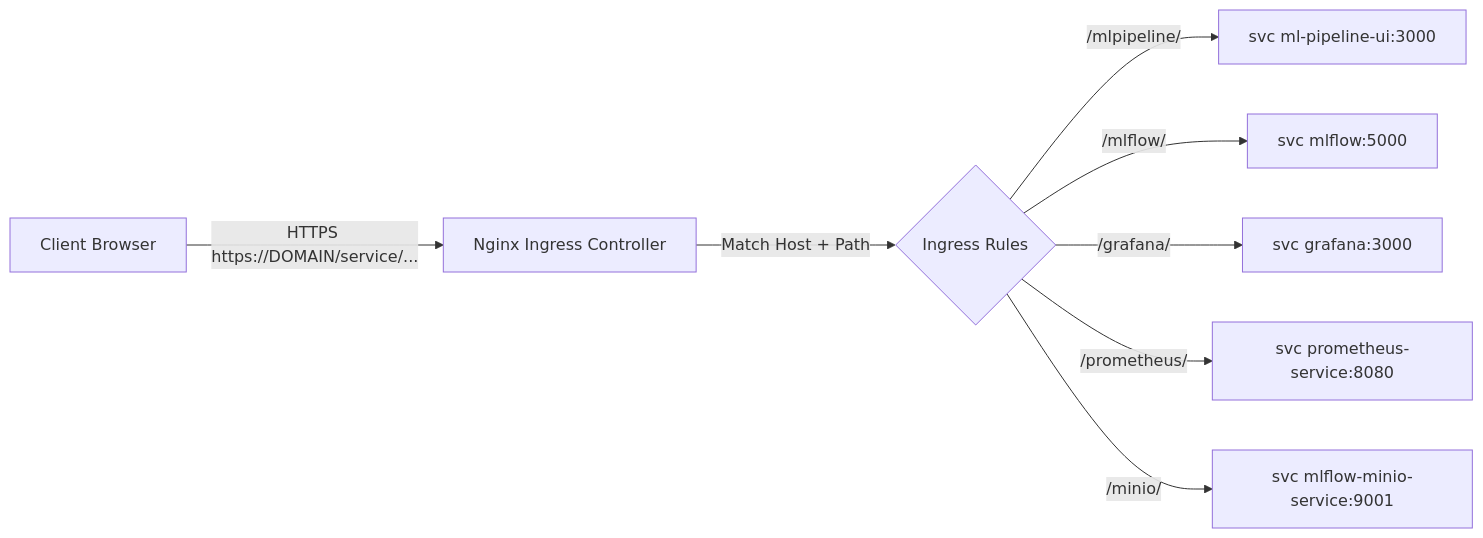
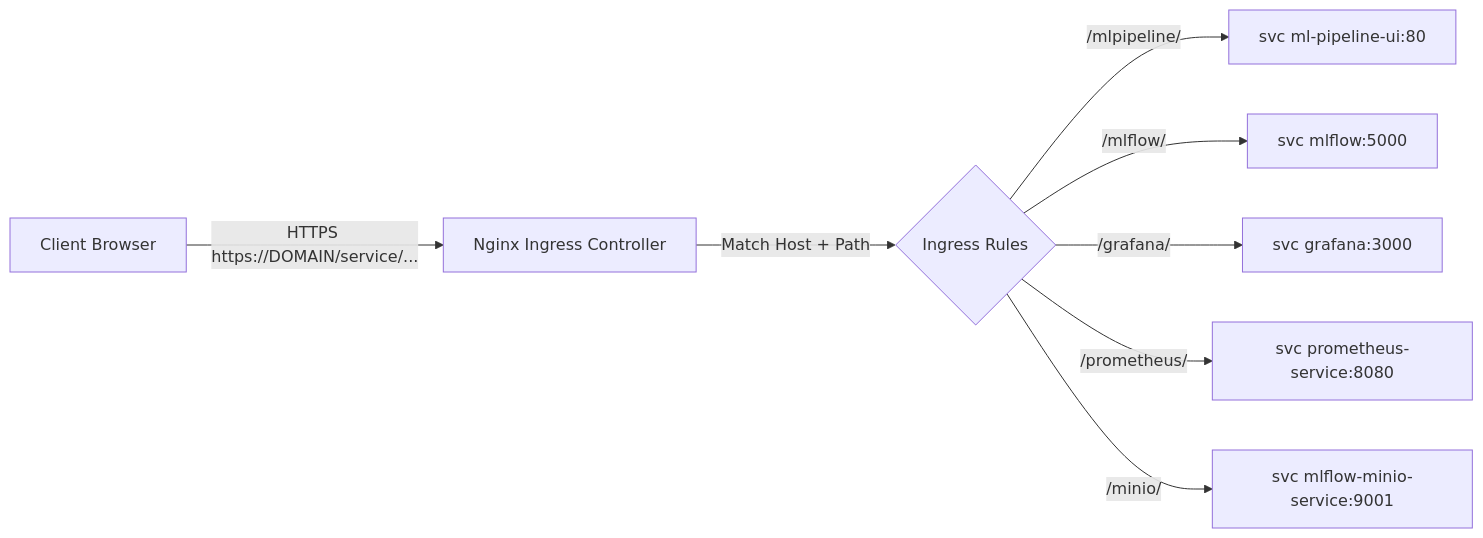
One commit to Softala-MLOPS/Security changed the first of 2 diagrams in Guide to endpoints and ingress.md. Above: the diagram before and after it, drawn with Mermaid. The commit also changed other lines of this file, not shown here.

````diff
--- a/Guide to endpoints and ingress.md
+++ b/Guide to endpoints and ingress.md
@@ -13,10 +13,10 @@
 ```mermaid
 flowchart LR
   A[Client Browser] -- HTTPS https://DOMAIN/service/... --> B[Nginx Ingress Controller]
   B -- Match Host + Path --> C{Ingress Rules}
-  C -- /mlpipeline/ --> D[svc ml-pipeline-ui:3000]
+  C -- /mlpipeline/ --> D[svc ml-pipeline-ui:80]
   C -- /mlflow/ --> E[svc mlflow:5000]
   C -- /grafana/ --> F[svc grafana:3000]
   C -- /prometheus/ --> G[svc prometheus-service:8080]
   C -- /minio/ --> H[svc mlflow-minio-service:9001]
 ```
````
